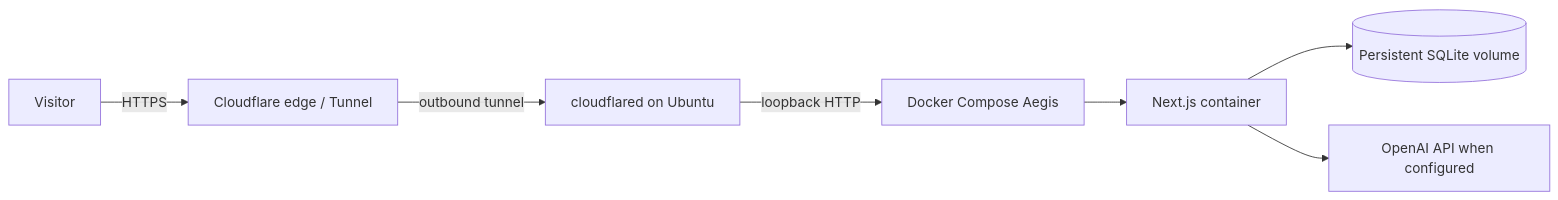
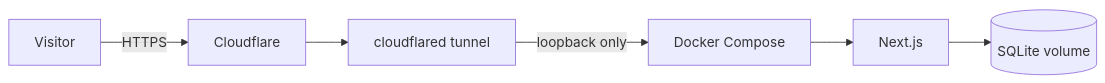
One commit to ansh0eman/aegis-ai changed the diagram in docs/deployment-ubuntu.md. Above: the diagram before and after it, drawn with Mermaid. The commit also changed other lines of this file and 10 other files, not shown here.

````diff
--- a/docs/deployment-ubuntu.md
+++ b/docs/deployment-ubuntu.md
@@ -7,9 +7,8 @@
 ```mermaid
 flowchart LR
-  Visitor -->|HTTPS| CF[Cloudflare edge / Tunnel]
-  CF -->|outbound tunnel| Cloudflared[cloudflared on Ubuntu]
-  Cloudflared -->|loopback HTTP| Compose[Docker Compose Aegis]
-  Compose --> App[Next.js container]
-  App --> Volume[(Persistent SQLite volume)]
-  App --> Provider[OpenAI API when configured]
+  Visitor -->|HTTPS| Cloudflare
+  Cloudflare --> Tunnel[cloudflared tunnel]
+  Tunnel -->|loopback only| Compose[Docker Compose]
+  Compose --> App[Next.js]
+  App --> Data[(SQLite volume)]
 ```
````
